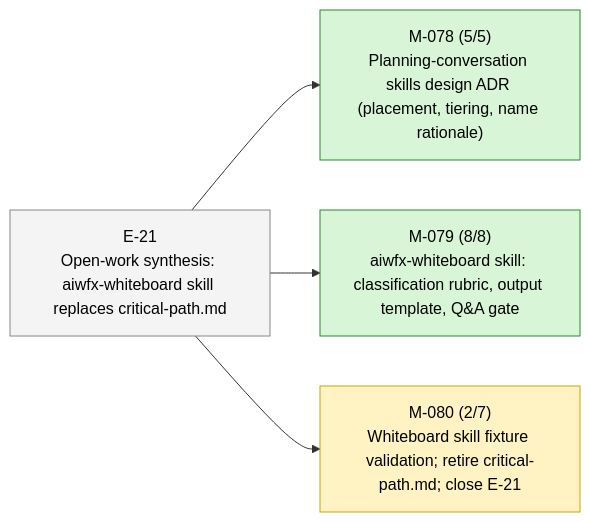
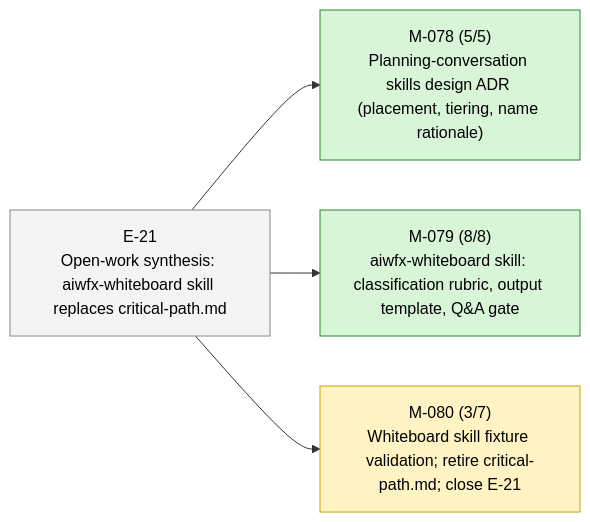
One commit to 23min/aiwf changed the second of 2 diagrams in STATUS.md. Above: the diagram before and after it, drawn with Mermaid. The commit also changed other lines of this file and 1 other file, not shown here.

````diff
--- a/STATUS.md
+++ b/STATUS.md
@@ -47,16 +47,16 @@
 ```mermaid
 flowchart LR
   E_21["E-21<br/>Open-work synthesis: aiwfx-whiteboard skill replaces critical-path.md"]:::epic_proposed
   M_078["M-078 (5/5)<br/>Planning-conversation skills design ADR (placement, tiering, name rationale)"]:::ms_done
   E_21 --> M_078
   M_079["M-079 (8/8)<br/>aiwfx-whiteboard skill: classification rubric, output template, Q&A gate"]:::ms_done
   E_21 --> M_079
-  M_080["M-080 (2/7)<br/>Whiteboard skill fixture validation; retire critical-path.md; close E-21"]:::ms_in_progress
+  M_080["M-080 (3/7)<br/>Whiteboard skill fixture validation; retire critical-path.md; close E-21"]:::ms_in_progress
   E_21 --> M_080
   classDef epic_active fill:#d6eaff,stroke:#1a73e8,color:#000
   classDef epic_proposed fill:#f4f4f4,stroke:#888,color:#000
   classDef ms_done fill:#d8f5d8,stroke:#2a8a2a,color:#000
   classDef ms_in_progress fill:#fff3c4,stroke:#caa400,color:#000
   classDef ms_draft fill:#f4f4f4,stroke:#888,color:#000
   classDef ms_cancelled fill:#fbeaea,stroke:#c33,color:#000
 ```
````
